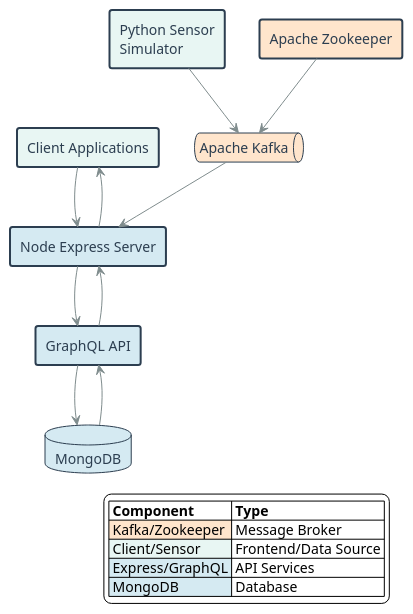
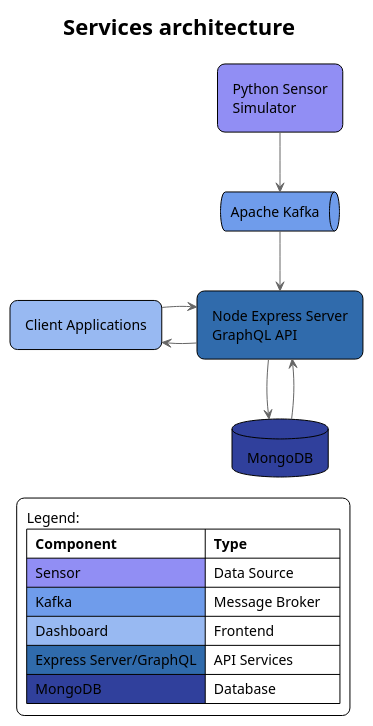
One commit to MatteoZenoBagli/AirQualityInsight changed the diagram in docs/services.wsd. Above: the diagram before and after it, drawn with PlantUML. The commit also changed 2 other files, not shown here.

Commit message:
Added UML

```diff
--- a/docs/services.wsd
+++ b/docs/services.wsd
@@ -1,57 +1,42 @@
 @startuml
 !theme plain
-skinparam backgroundColor white
-skinparam defaultFontName Arial
-skinparam ArrowColor #666666
-skinparam componentStyle rectangle
+
+title "Services architecture"
 
 ' Custom styling
-skinparam component {
-    BorderColor #2C3E50
-    FontColor #2C3E50
-    BackgroundColor #ECF0F1
-    ArrowColor #7F8C8D
+skinparam {
     BorderThickness 2
-}
-
-skinparam database {
-    BorderColor #2C3E50
-    FontColor #2C3E50
-    BackgroundColor #D5EAF2
-}
-
-skinparam queue {
-    BorderColor #2C3E50
-    FontColor #2C3E50
-    BackgroundColor #FFE5CC
+    TitleBorderRoundCorner 15
+    Padding 5
+    backgroundColor white
+    defaultFontName Arial
+    ArrowColor #666666
+    componentStyle rectangle
 }
 
 ' Components
-[Client Applications] as client #E8F6F3
-[Python Sensor\nSimulator] as sensor #E8F6F3
-queue "Apache Kafka" as kafka
-[Apache Zookeeper] as zookeeper #FFE5CC
-[Node Express Server] as express #D5EAF2
-[GraphQL API] as graphql #D5EAF2
-database "MongoDB" as mongodb
+component "Python Sensor\nSimulator" as sensor #918EF4
+queue "Apache Kafka" as kafka #6F9CEB
+component "Node Express Server\nGraphQL API" as server #306BAC
+database "MongoDB" as mongodb #30409C
+component "Client Applications" as client #98B9F2
 
 ' Relations
-client --> express
-express --> client
-sensor --> kafka
-zookeeper --> kafka
-kafka --> express
-express --> graphql
-graphql --> express
-graphql --> mongodb
-mongodb --> graphql
+sensor -down-> kafka
+kafka -down-> server
+server -down-> mongodb
+mongodb -up-> server
+server -left-> client
+client -right-> server
 
 legend right
-  |= Component |= Type |
-  |<#FFE5CC> Kafka/Zookeeper | Message Broker |
-  |<#E8F6F3> Client/Sensor | Frontend/Data Source |
-  |<#D5EAF2> Express/GraphQL | API Services |
-  |<#D5EAF2> MongoDB | Database |
+    Legend:
+    |= Component                      |= Type             |
+    |<#918EF4> Sensor                 | Data Source       |
+    |<#6F9CEB> Kafka                  | Message Broker    |
+    |<#98B9F2> Dashboard              | Frontend          |
+    |<#306BAC> Express Server/GraphQL | API Services      |
+    |<#30409C> MongoDB                | Database          |
 endlegend
 
 @enduml
```
